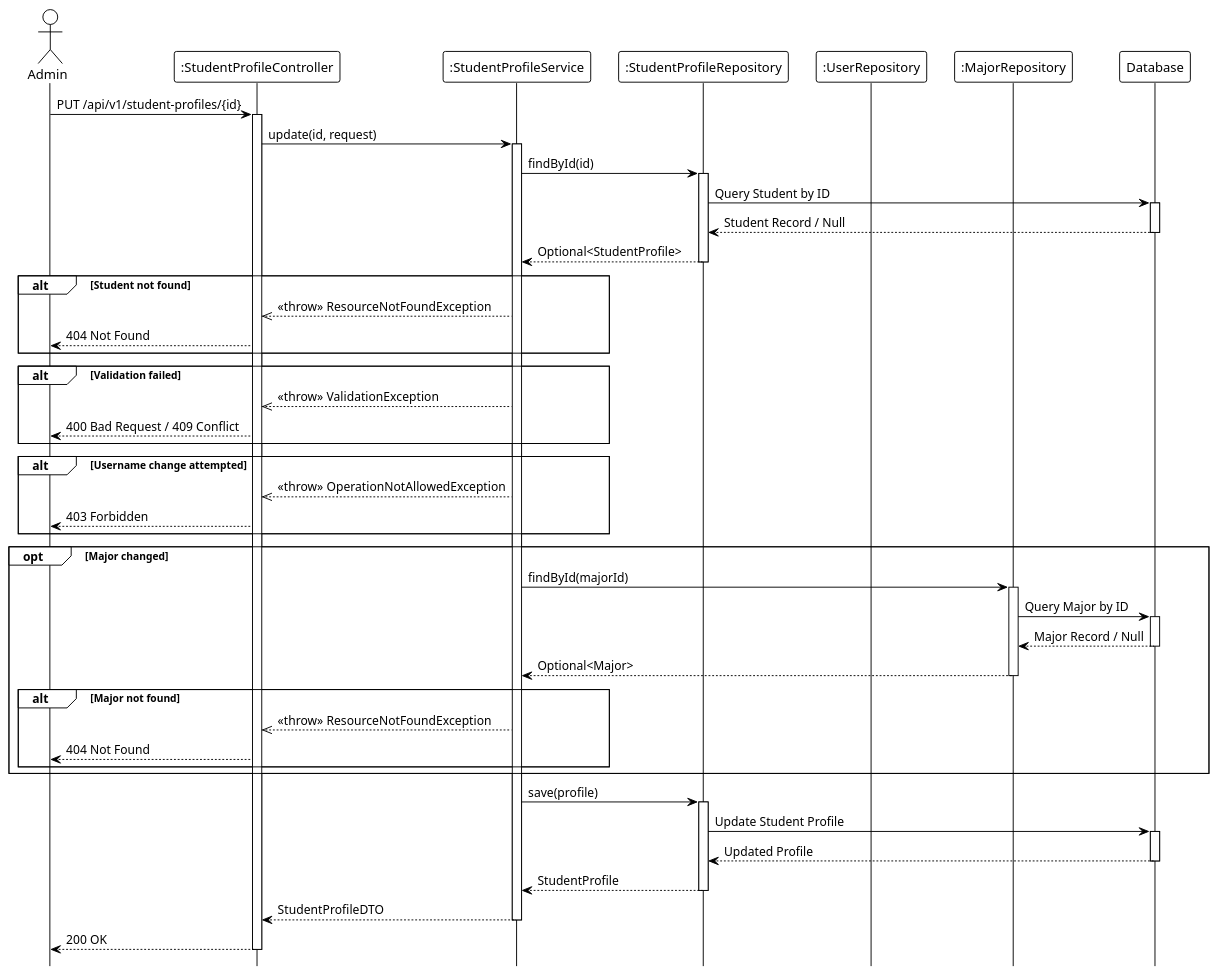
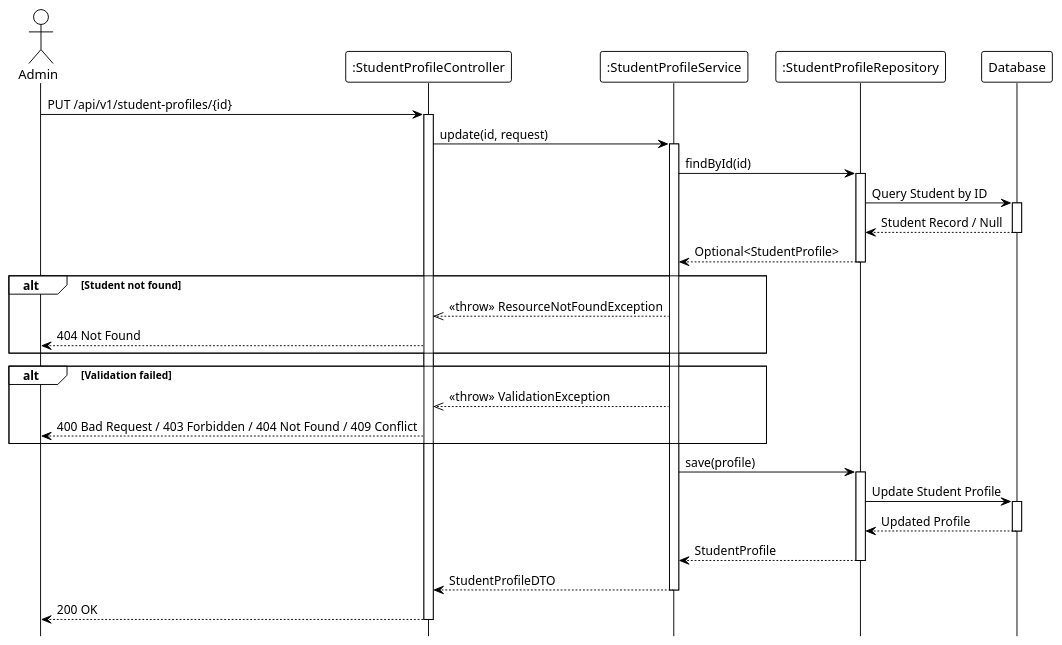
One commit to Ndh474/context changed the diagram in system_detailed_design/45_update_student/sequence_diagram_update_student.puml. Above: the diagram before and after it, drawn with PlantUML. The commit also changed 10 other files, not shown here.

```diff
--- a/system_detailed_design/45_update_student/sequence_diagram_update_student.puml
+++ b/system_detailed_design/45_update_student/sequence_diagram_update_student.puml
@@ -1,87 +1,59 @@
 @startuml update_student
 !theme plain
 hide footbox
 
 actor Admin
 participant ":StudentProfileController" as Controller
 participant ":StudentProfileService" as Service
-participant ":StudentProfileRepository" as StudentRepo
-participant ":UserRepository" as UserRepo
-participant ":MajorRepository" as MajorRepo
+participant ":StudentProfileRepository" as Repository
 participant "Database" as DB
 
 ' --- MAIN FLOW ---
 Admin -> Controller: PUT /api/v1/student-profiles/{id}
 activate Controller
 
 Controller -> Service: update(id, request)
 activate Service
 
 ' --- FIND EXISTING ---
-Service -> StudentRepo: findById(id)
-activate StudentRepo
+Service -> Repository: findById(id)
+activate Repository
 
-StudentRepo -> DB: Query Student by ID
+Repository -> DB: Query Student by ID
 activate DB
-DB --> StudentRepo: Student Record / Null
+DB --> Repository: Student Record / Null
 deactivate DB
 
-StudentRepo --> Service: Optional<StudentProfile>
-deactivate StudentRepo
+Repository --> Service: Optional<StudentProfile>
+deactivate Repository
 
 alt Student not found
     Service -->> Controller: <<throw>> ResourceNotFoundException
     Controller --> Admin: 404 Not Found
 end
 
-' --- VALIDATION LOGIC ---
-' Validation logic (internal)
+' Validation logic (internal: roll number/email uniqueness, major validation, username change check)
 
 alt Validation failed
     Service -->> Controller: <<throw>> ValidationException
-    Controller --> Admin: 400 Bad Request / 409 Conflict
+    Controller --> Admin: 400 Bad Request / 403 Forbidden / 404 Not Found / 409 Conflict
 end
 
-alt Username change attempted
-    Service -->> Controller: <<throw>> OperationNotAllowedException
-    Controller --> Admin: 403 Forbidden
-end
+Service -> Repository: save(profile)
+activate Repository
 
-' --- FIND MAJOR IF CHANGED ---
-opt Major changed
-    Service -> MajorRepo: findById(majorId)
-    activate MajorRepo
-    
-    MajorRepo -> DB: Query Major by ID
-    activate DB
-    DB --> MajorRepo: Major Record / Null
-    deactivate DB
-    
-    MajorRepo --> Service: Optional<Major>
-    deactivate MajorRepo
-    
-    alt Major not found
-        Service -->> Controller: <<throw>> ResourceNotFoundException
-        Controller --> Admin: 404 Not Found
-    end
-end
-
-' --- UPDATE ---
-Service -> StudentRepo: save(profile)
-activate StudentRepo
-
-StudentRepo -> DB: Update Student Profile
+Repository -> DB: Update Student Profile
 activate DB
-DB --> StudentRepo: Updated Profile
+DB --> Repository: Updated Profile
 deactivate DB
 
-StudentRepo --> Service: StudentProfile
-deactivate StudentRepo
+Repository --> Service: StudentProfile
+deactivate Repository
 
 Service --> Controller: StudentProfileDTO
 deactivate Service
 
 Controller --> Admin: 200 OK
 deactivate Controller
 
 @enduml
```
